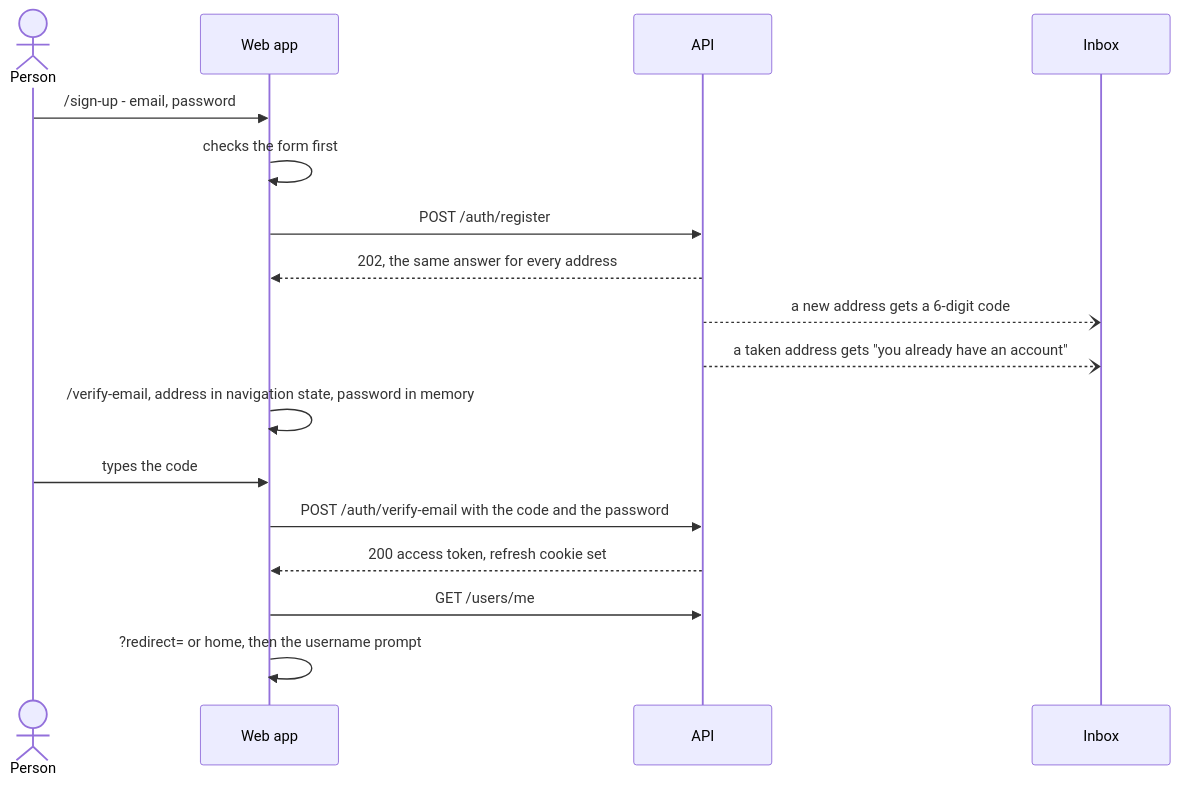
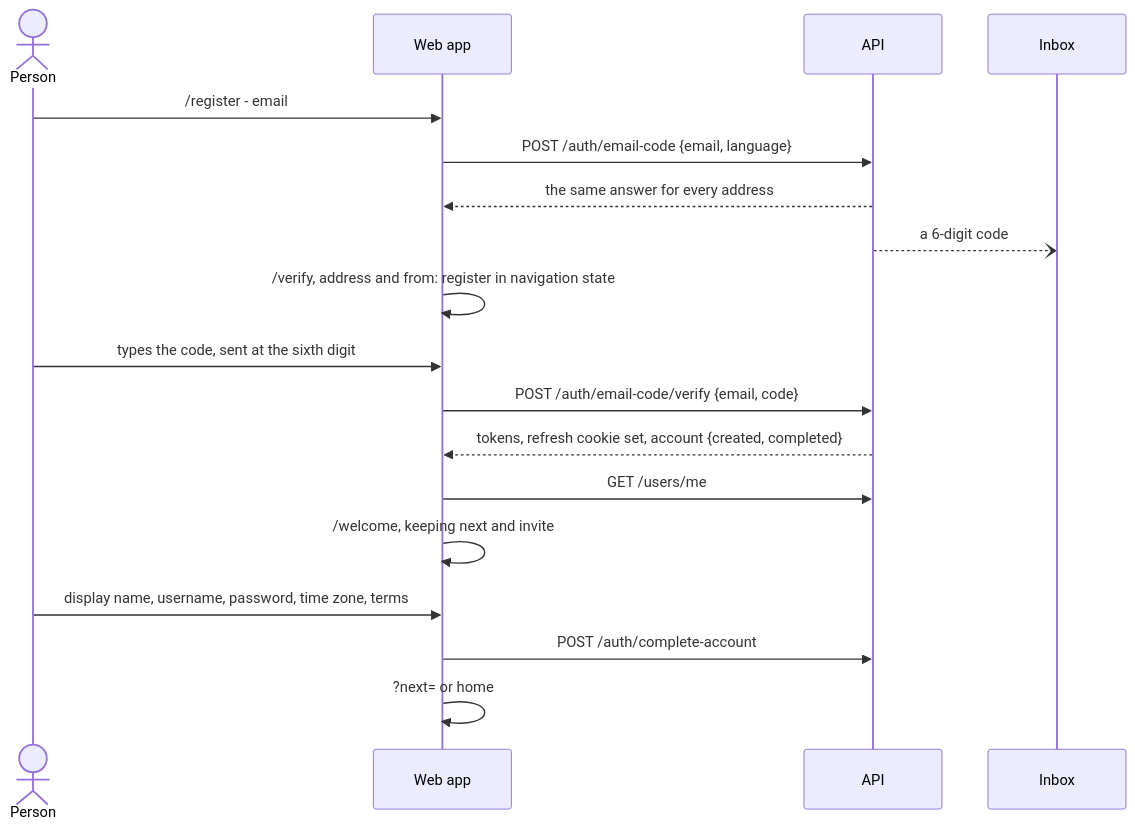
The first of 4 diagrams in docs/auth/pages-and-flows.md (StoriuSs/NezFocus-Frontend), drawn with Mermaid before and after one commit. The commit also changed other lines of this file and 124 other files, not shown here.

First line of the commit message:
feat(auth): create account with an emailed code and complete it (L8)

````diff
--- a/docs/auth/pages-and-flows.md
+++ b/docs/auth/pages-and-flows.md
@@ -95,19 +111,20 @@
 ```mermaid
 sequenceDiagram
     actor P as Person
     participant App as Web app
     participant API
     participant Inbox
-    P->>App: /sign-up - email, password
-    App->>App: checks the form first
-    App->>API: POST /auth/register
-    API-->>App: 202, the same answer for every address
-    API--)Inbox: a new address gets a 6-digit code
-    API--)Inbox: a taken address gets "you already have an account"
-    App->>App: /verify-email, address in navigation state, password in memory
-    P->>App: types the code
-    App->>API: POST /auth/verify-email with the code and the password
-    API-->>App: 200 access token, refresh cookie set
+    P->>App: /register - email
+    App->>API: POST /auth/email-code {email, language}
+    API-->>App: the same answer for every address
+    API--)Inbox: a 6-digit code
+    App->>App: /verify, address and from: register in navigation state
+    P->>App: types the code, sent at the sixth digit
+    App->>API: POST /auth/email-code/verify {email, code}
+    API-->>App: tokens, refresh cookie set, account {created, completed}
     App->>API: GET /users/me
-    App->>App: ?redirect= or home, then the username prompt
+    App->>App: /welcome, keeping next and invite
+    P->>App: display name, username, password, time zone, terms
+    App->>API: POST /auth/complete-account
+    App->>App: ?next= or home
 ```
````
